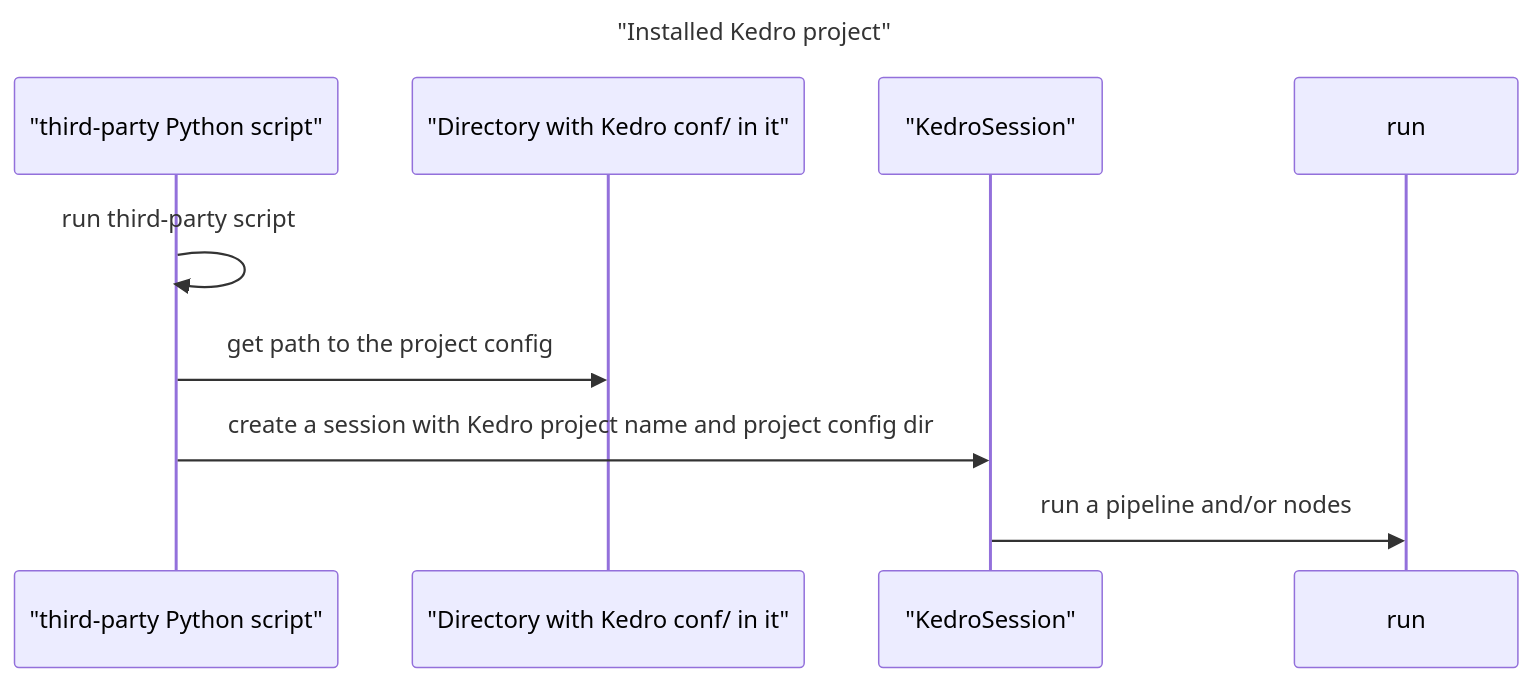
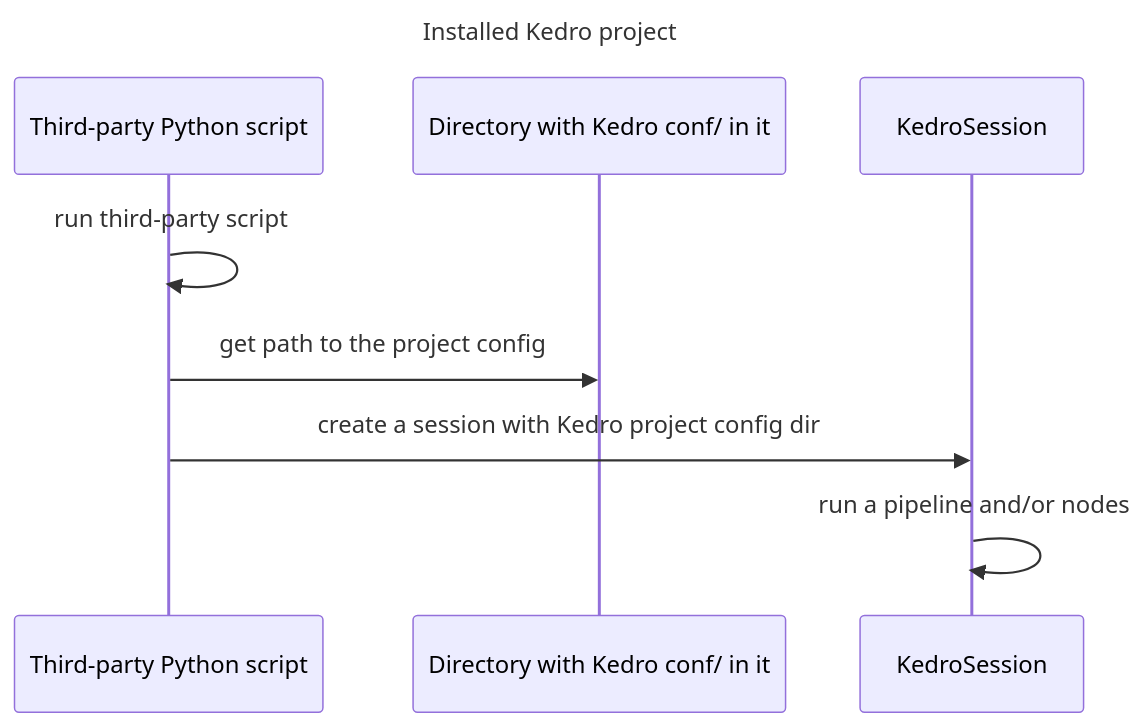
One commit to kedro-org/kedro changed the diagram in docs/diagrams/installed-kedro-project.md. Above: the diagram before and after it, drawn with Mermaid. The commit also changed 6 other files, not shown here.

First line of the commit message:
Update mermaid entrypoint diagrams with current state (#4339)

````diff
--- a/docs/diagrams/installed-kedro-project.md
+++ b/docs/diagrams/installed-kedro-project.md
@@ -1,13 +1,13 @@
 ```mermaid
 sequenceDiagram
-    title "Installed Kedro project"
+    title Installed Kedro project
 
-    participant script as "third-party Python script"
-    participant curr_dir as "Directory with Kedro conf/ in it"
-    participant session as "KedroSession"
+    participant script as Third-party Python script
+    participant curr_dir as Directory with Kedro conf/ in it
+    participant session as KedroSession
 
     script->>script: run third-party script
     script->>curr_dir: get path to the project config
-    script->>session: create a session with Kedro project name and project config dir
-    session->>run: run a pipeline and/or nodes
+    script->>session: create a session with Kedro project config dir
+    session->>session: run a pipeline and/or nodes
 ```
````
